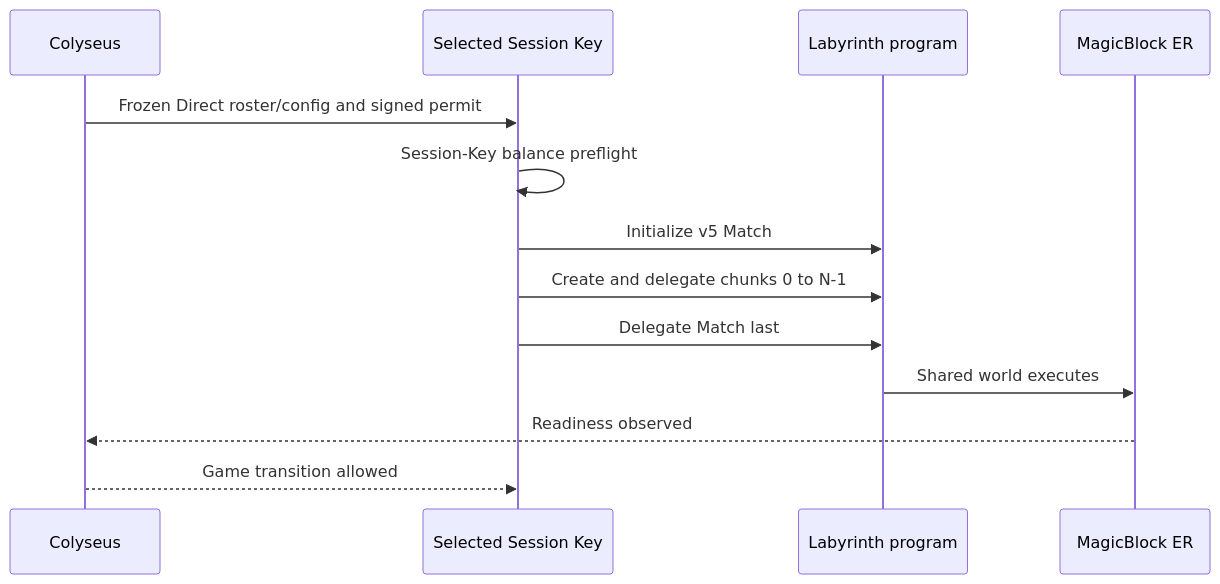
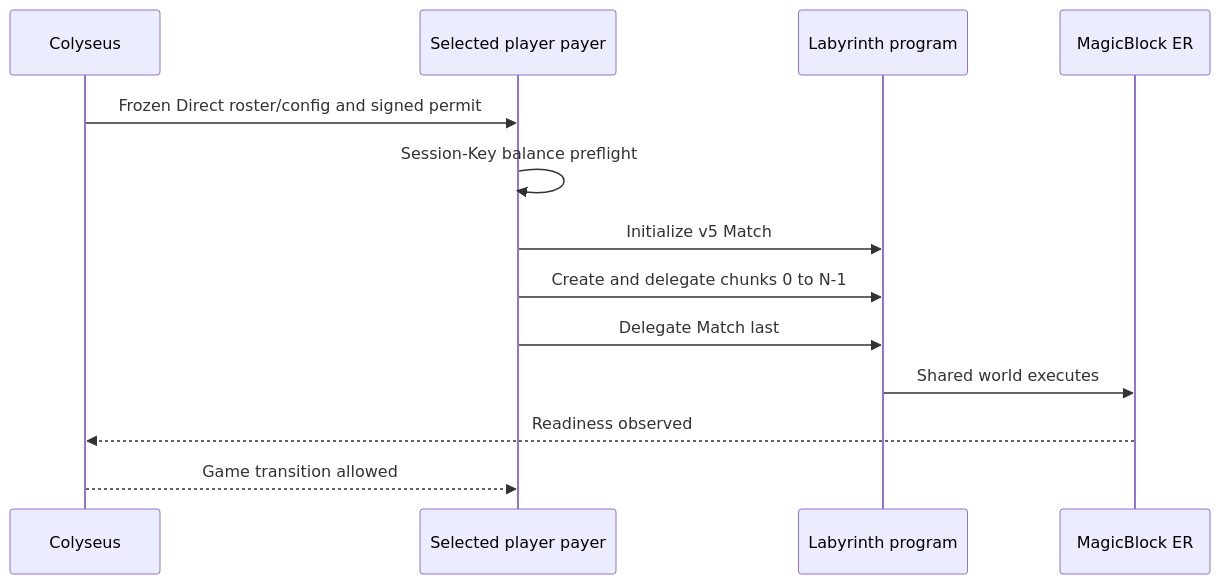
The second of 4 diagrams in docs/PLAYER_PAID_ER_BOOTSTRAP.md (SOLZ-FUN/labyrinth_magicblock), drawn with Mermaid before and after one commit. The commit also changed other lines of this file and 4 other files, not shown here.

Commit message:
fix(labyrinth): finalize v5 player payer contract

````diff
--- a/docs/PLAYER_PAID_ER_BOOTSTRAP.md
+++ b/docs/PLAYER_PAID_ER_BOOTSTRAP.md
@@ -66,15 +68,15 @@
 ```mermaid
 sequenceDiagram
     participant C as Colyseus
-    participant F as Selected Session Key
+    participant F as Selected player payer
     participant L as Labyrinth program
     participant ER as MagicBlock ER
     C->>F: Frozen Direct roster/config and signed permit
     F->>F: Session-Key balance preflight
     F->>L: Initialize v5 Match
     F->>L: Create and delegate chunks 0 to N-1
     F->>L: Delegate Match last
     L->>ER: Shared world executes
     ER-->>C: Readiness observed
     C-->>F: Game transition allowed
 ```
````
